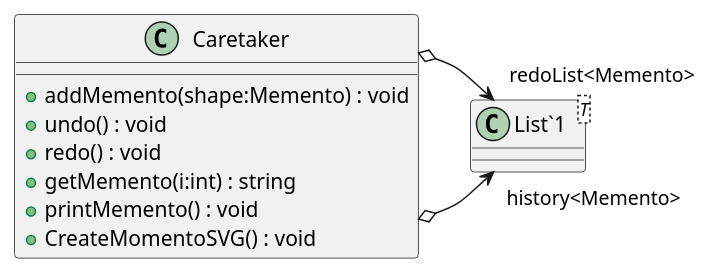
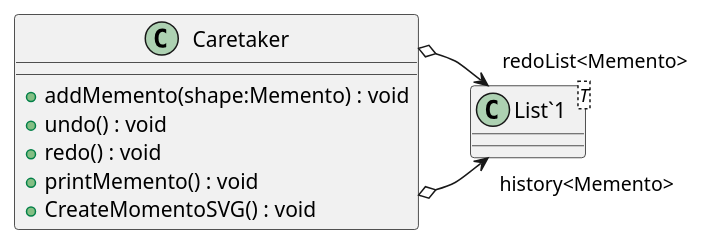
One commit to AlexAmI123/3rd-Year changed the diagram in plantuml/CS264/Assignment3/caretaker.puml. Above: the diagram before and after it, drawn with PlantUML. The commit also changed 16 other files, not shown here.

```diff
--- a/plantuml/CS264/Assignment3/caretaker.puml
+++ b/plantuml/CS264/Assignment3/caretaker.puml
@@ -1,14 +1,13 @@
 @startuml
 class Caretaker {
     + addMemento(shape:Memento) : void
     + undo() : void
     + redo() : void
-    + getMemento(i:int) : string
     + printMemento() : void
     + CreateMomentoSVG() : void
 }
 class "List`1"<T> {
 }
 Caretaker o-> "history<Memento>" "List`1"
 Caretaker o-> "redoList<Memento>" "List`1"
 @enduml
```
